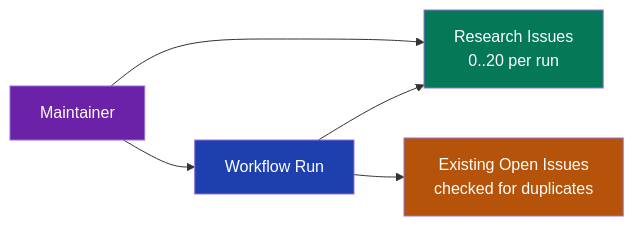
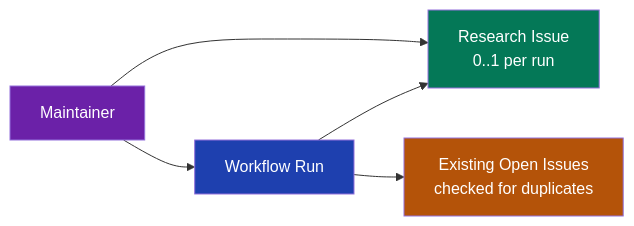
Before and after one commit to chrisleekr/personal-claw: the diagram in specs/20260408-190912-scheduled-research-workflow/data-model.md, drawn with Mermaid. The commit also changed 8 other files, not shown here.

````diff
--- a/specs/20260408-190912-scheduled-research-workflow/data-model.md
+++ b/specs/20260408-190912-scheduled-research-workflow/data-model.md
@@ -40,12 +40,12 @@
 ```mermaid
 graph LR
-    WRK["Workflow Run"]:::primary --> ISS["Research Issues<br/>0..20 per run"]:::output
+    WRK["Workflow Run"]:::primary --> ISS["Research Issue<br/>0..1 per run"]:::output
     WRK --> DUP["Existing Open Issues<br/>checked for duplicates"]:::check
     USR["Maintainer"]:::actor --> WRK
     USR --> ISS
 
     classDef primary fill:#1e40af,color:#ffffff
     classDef output fill:#047857,color:#ffffff
     classDef check fill:#b45309,color:#ffffff
     classDef actor fill:#6b21a8,color:#ffffff
 ```
````
